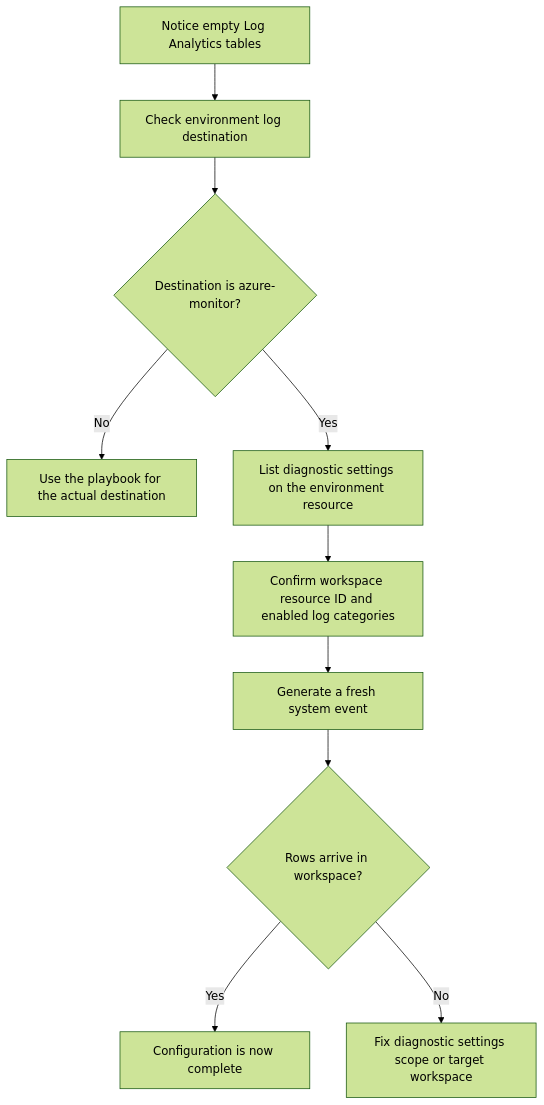
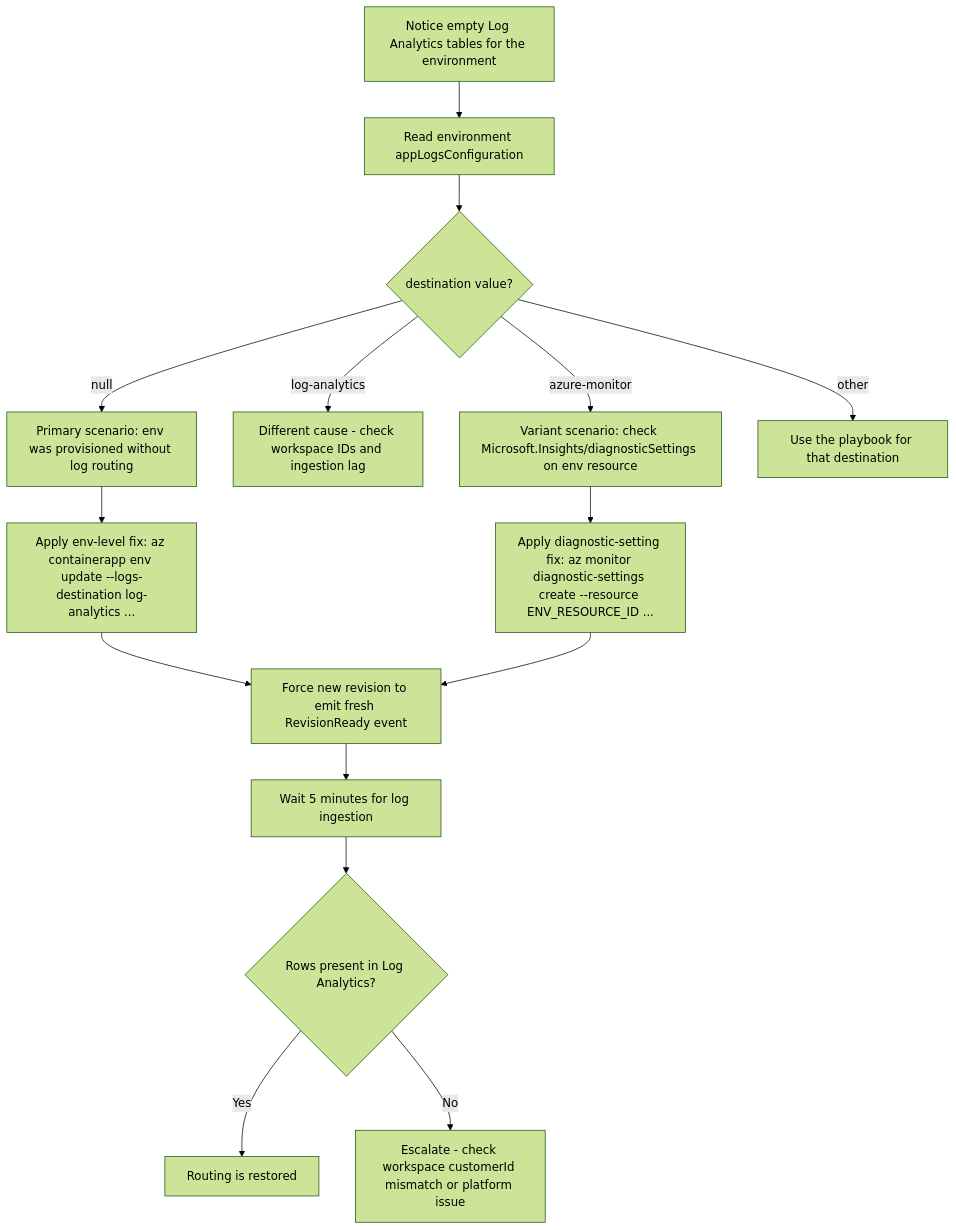
The diagram in docs/troubleshooting/playbooks/observability/diagnostic-settings-missing.md (yeongseon/azure-container-apps-practical-guide), drawn with Mermaid (forest theme) before and after one commit. The commit also changed other lines of this file and 27 other files, not shown here.

First line of the commit message:
docs(labs): backfill evidence pack for diagnostic-settings-missing (#264)

````diff
--- a/docs/troubleshooting/playbooks/observability/diagnostic-settings-missing.md
+++ b/docs/troubleshooting/playbooks/observability/diagnostic-settings-missing.md
@@ -48,12 +49,17 @@
 ```mermaid
 flowchart TD
-    A[Notice empty Log Analytics tables] --> B[Check environment log destination]
-    B --> C{Destination is azure-monitor?}
-    C -->|No| D[Use the playbook for the actual destination]
-    C -->|Yes| E[List diagnostic settings on the environment resource]
-    E --> F[Confirm workspace resource ID and enabled log categories]
-    F --> G[Generate a fresh system event]
-    G --> H{Rows arrive in workspace?}
-    H -->|Yes| I[Configuration is now complete]
-    H -->|No| J[Fix diagnostic settings scope or target workspace]
+    A[Notice empty Log Analytics tables for the environment] --> B[Read environment appLogsConfiguration]
+    B --> C{destination value?}
+    C -->|null| D[Primary scenario: env was provisioned without log routing]
+    C -->|log-analytics| E[Different cause - check workspace IDs and ingestion lag]
+    C -->|azure-monitor| F[Variant scenario: check Microsoft.Insights/diagnosticSettings on env resource]
+    C -->|other| G[Use the playbook for that destination]
+    D --> H[Apply env-level fix: az containerapp env update --logs-destination log-analytics ...]
+    F --> I[Apply diagnostic-setting fix: az monitor diagnostic-settings create --resource ENV_RESOURCE_ID ...]
+    H --> J[Force new revision to emit fresh RevisionReady event]
+    I --> J
+    J --> K[Wait 5 minutes for log ingestion]
+    K --> L{Rows present in Log Analytics?}
+    L -->|Yes| M[Routing is restored]
+    L -->|No| N[Escalate - check workspace customerId mismatch or platform issue]
 ```
````
